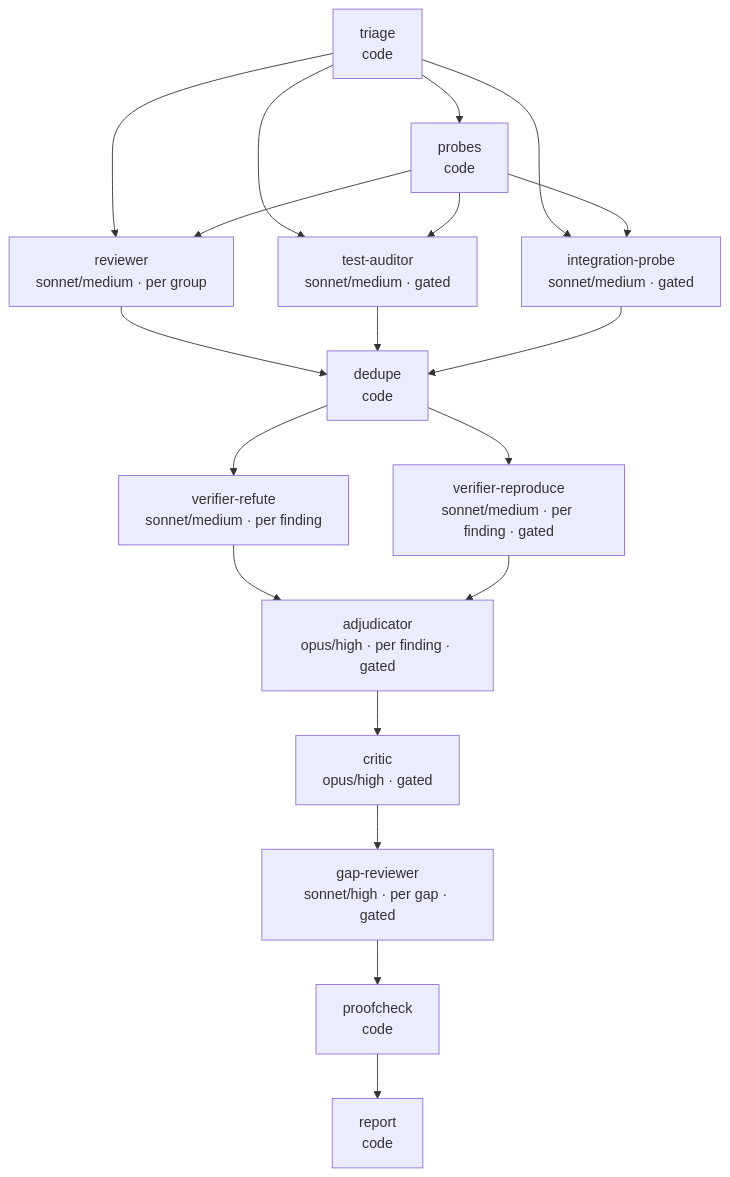
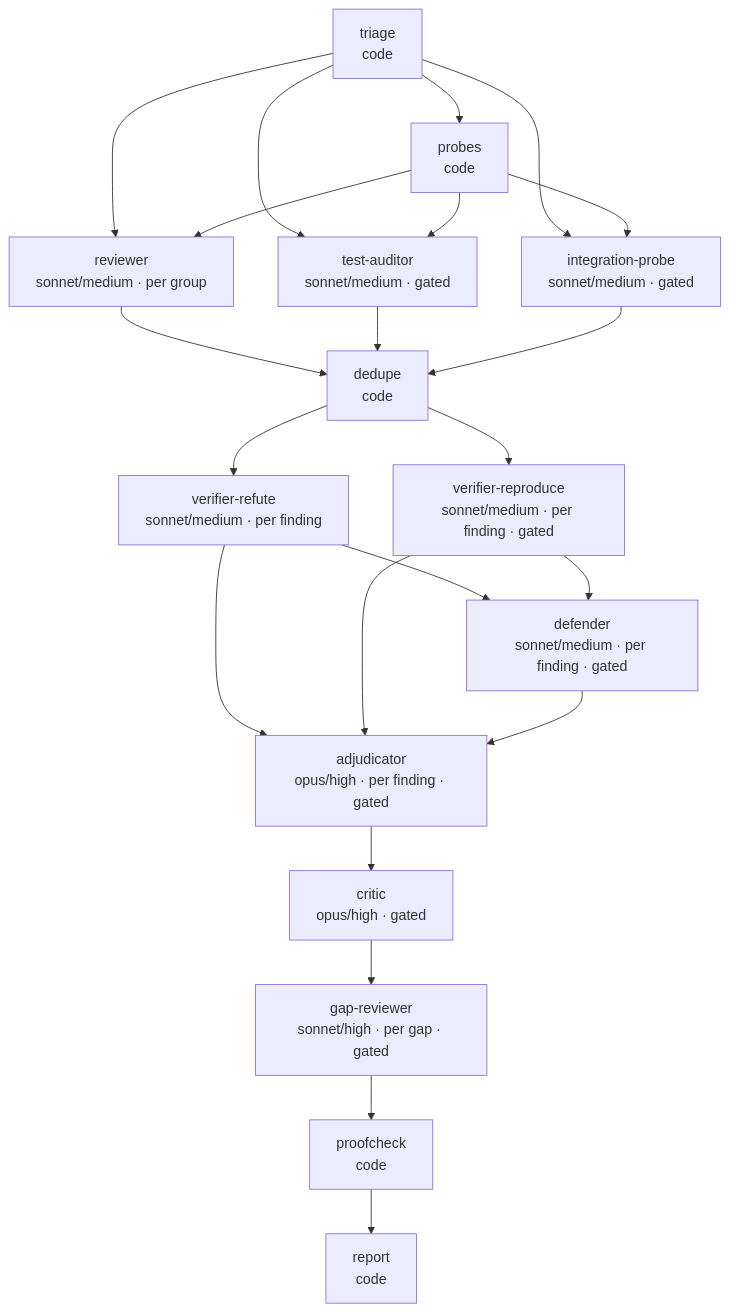
One commit to PNNutkung/skills changed the diagram in skills/zero-trust-review/SKILL.md. Above: the diagram before and after it, drawn with Mermaid. The commit also changed other lines of this file and 7 other files, not shown here.

````diff
--- a/skills/zero-trust-review/SKILL.md
+++ b/skills/zero-trust-review/SKILL.md
@@ -49,34 +49,38 @@
 ```mermaid
 graph TD
   triage["triage<br/>code"]
   probes["probes<br/>code"]
   reviewer["reviewer<br/>sonnet/medium · per group"]
   test-auditor["test-auditor<br/>sonnet/medium · gated"]
   integration-probe["integration-probe<br/>sonnet/medium · gated"]
   dedupe["dedupe<br/>code"]
   verifier-refute["verifier-refute<br/>sonnet/medium · per finding"]
   verifier-reproduce["verifier-reproduce<br/>sonnet/medium · per finding · gated"]
+  defender["defender<br/>sonnet/medium · per finding · gated"]
   adjudicator["adjudicator<br/>opus/high · per finding · gated"]
   critic["critic<br/>opus/high · gated"]
   gap-reviewer["gap-reviewer<br/>sonnet/high · per gap · gated"]
   proofcheck["proofcheck<br/>code"]
   report["report<br/>code"]
   triage --> probes
   triage --> reviewer
   probes --> reviewer
   triage --> test-auditor
   probes --> test-auditor
   triage --> integration-probe
   probes --> integration-probe
   reviewer --> dedupe
   test-auditor --> dedupe
   integration-probe --> dedupe
   dedupe --> verifier-refute
   dedupe --> verifier-reproduce
+  verifier-refute --> defender
+  verifier-reproduce --> defender
   verifier-refute --> adjudicator
   verifier-reproduce --> adjudicator
+  defender --> adjudicator
   adjudicator --> critic
   critic --> gap-reviewer
   gap-reviewer --> proofcheck
   proofcheck --> report
 ```
````
